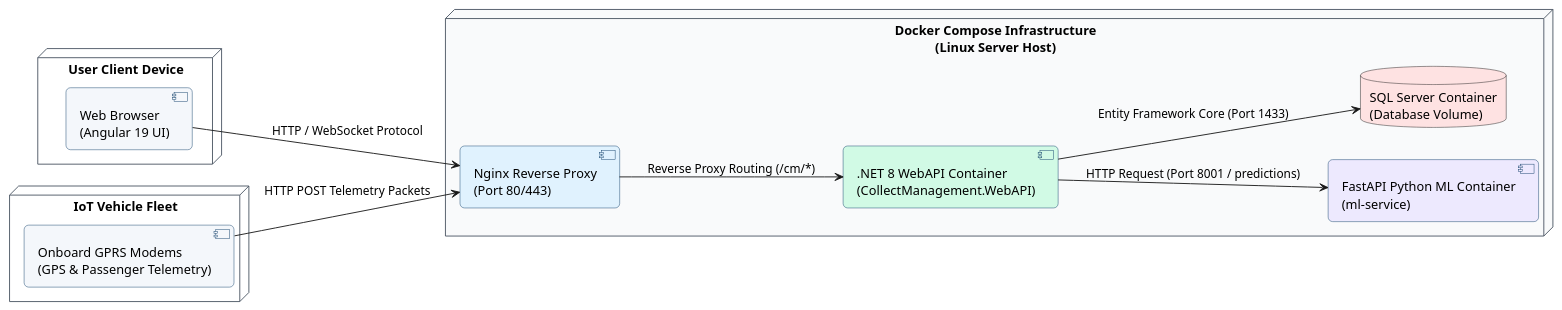
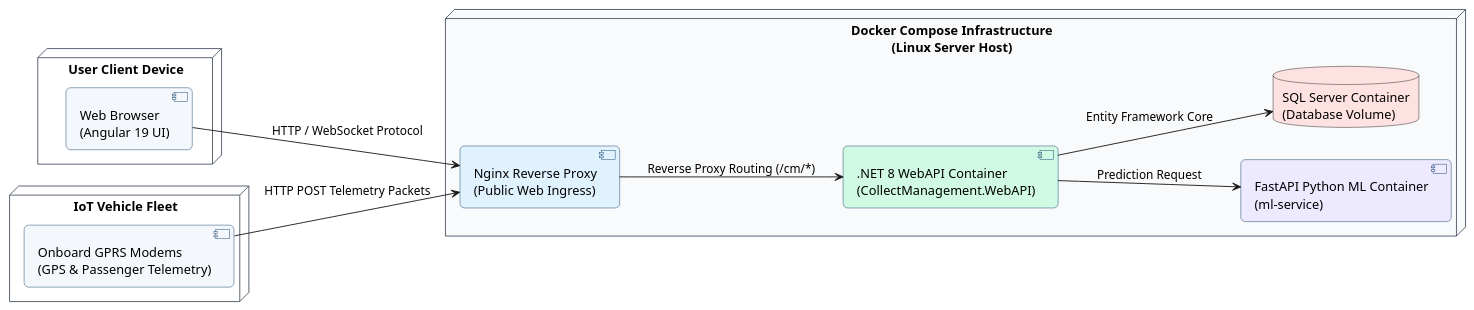
The diagram in rapport-pfe/figures/deployment-physical.puml (rayen103/PointagePfe), drawn with PlantUML before and after one commit. The commit also changed 4 other files, not shown here.

Commit message:
refactor: enhance FastAPI ML service documentation and update deployment diagrams

```diff
--- a/rapport-pfe/figures/deployment-physical.puml
+++ b/rapport-pfe/figures/deployment-physical.puml
@@ -1,38 +1,38 @@
 @startuml
 skinparam shadowing false
 skinparam roundcorner 10
 left to right direction
 
 skinparam node {
   BorderColor #4B5563
   BackgroundColor #FFFFFF
 }
 
 skinparam component {
   BorderColor #0B3B66
   BackgroundColor #F4F7FB
 }
 
 node "User Client Device" as client {
   component "Web Browser\n(Angular 19 UI)" as browser
 }
 
 node "IoT Vehicle Fleet" as iot {
   component "Onboard GPRS Modems\n(GPS & Passenger Telemetry)" as modems
 }
 
 node "Docker Compose Infrastructure\n(Linux Server Host)" as docker #F9FAFB {
-  component "Nginx Reverse Proxy\n(Port 80/443)" as nginx #E0F2FE
+  component "Nginx Reverse Proxy\n(Public Web Ingress)" as nginx #E0F2FE
   component ".NET 8 WebAPI Container\n(CollectManagement.WebAPI)" as webapi #D1FAE5
   component "FastAPI Python ML Container\n(ml-service)" as mlservice #EDE9FE
   database "SQL Server Container\n(Database Volume)" as sqlserver #FEE2E2
 }
 
 browser --> nginx : HTTP / WebSocket Protocol
 modems --> nginx : HTTP POST Telemetry Packets
 
 nginx --> webapi : Reverse Proxy Routing (/cm/*)
-webapi --> sqlserver : Entity Framework Core (Port 1433)
-webapi --> mlservice : HTTP Request (Port 8001 / predictions)
+webapi --> sqlserver : Entity Framework Core
+webapi --> mlservice : Prediction Request
 
 @enduml
```
